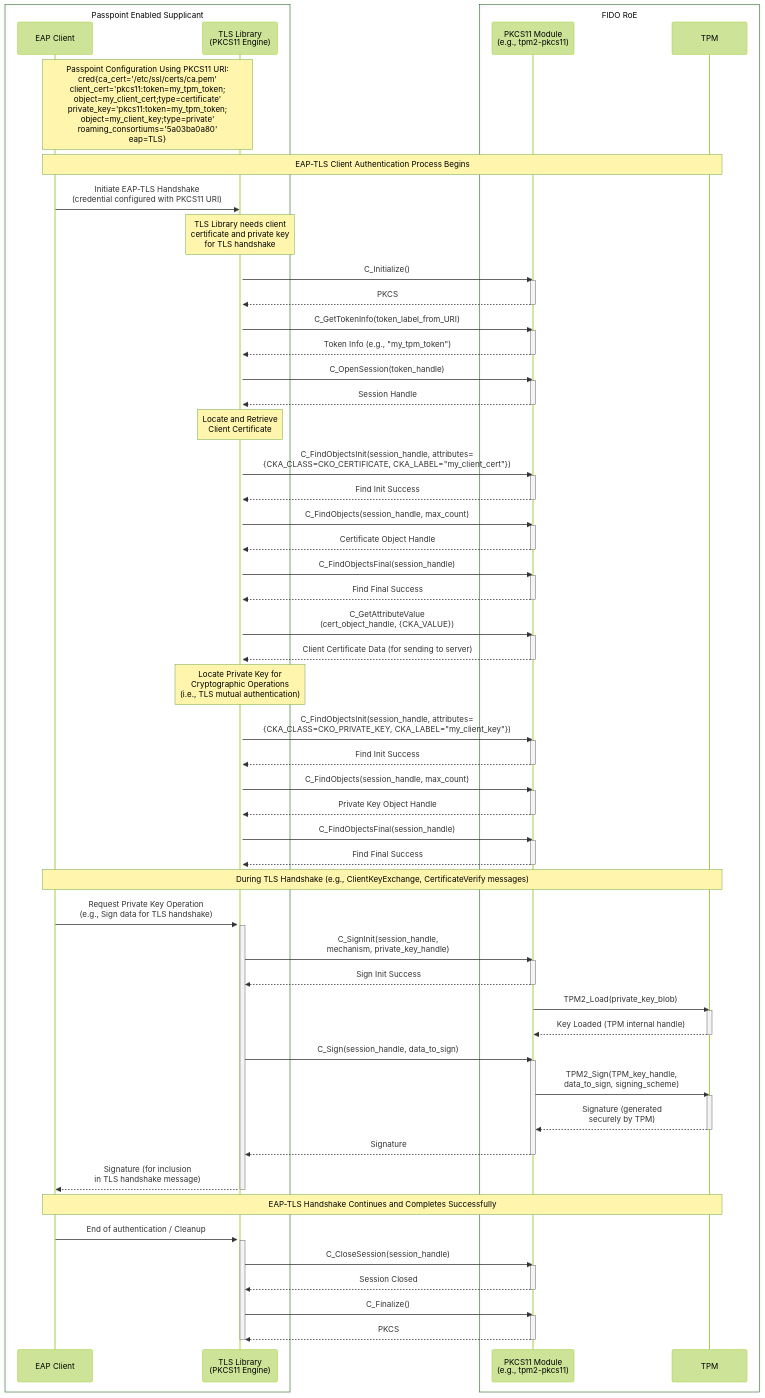
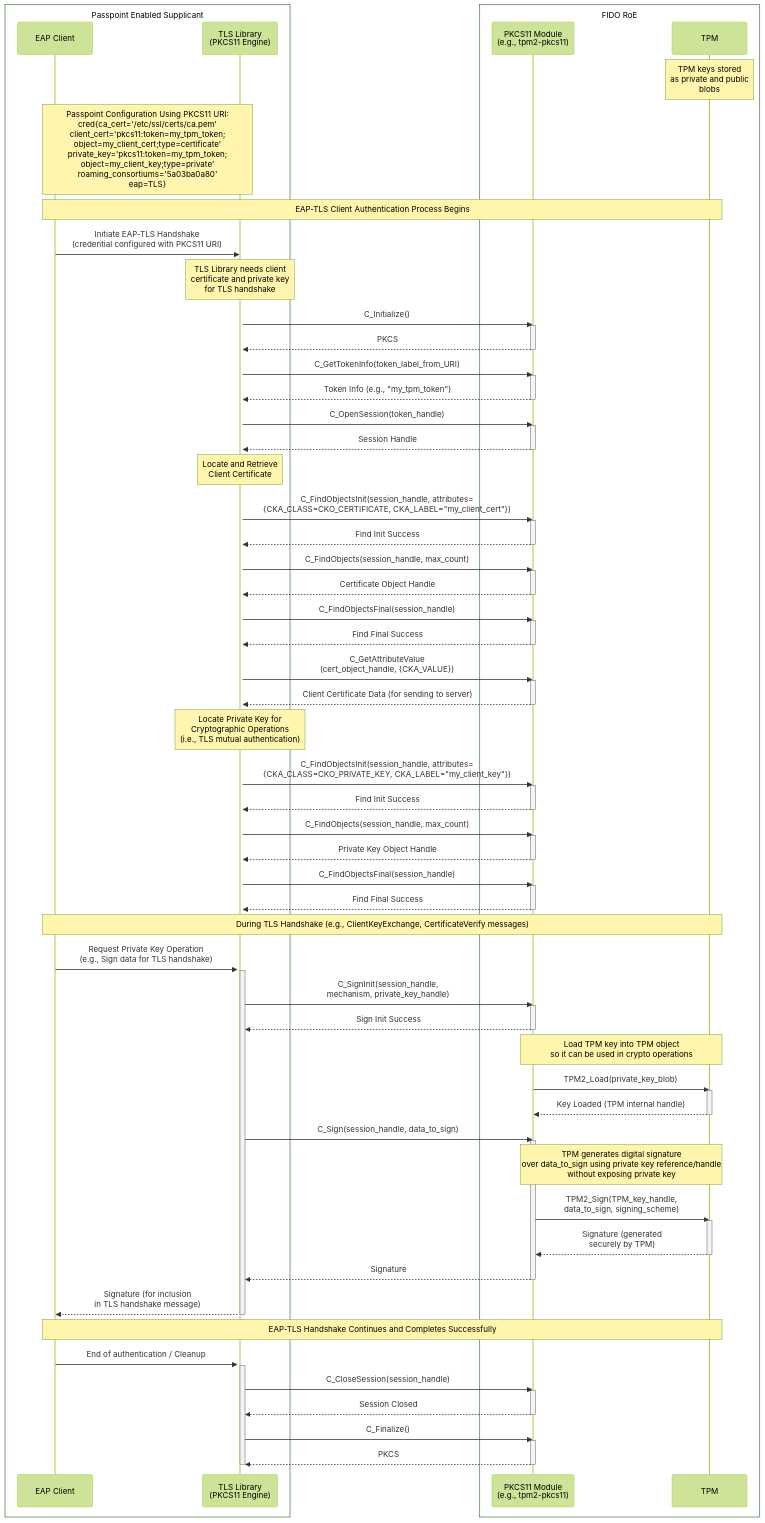
The third of 3 diagrams in WORKFLOWS.md (wireless-broadband-alliance/WBA-FIDO-Collaboration), drawn with Mermaid (forest theme) before and after one commit.

```diff
--- a/WORKFLOWS.md
+++ b/WORKFLOWS.md
@@ -128,6 +128,8 @@
        participant P as PKCS11 Module<br/>(e.g., tpm2-pkcs11)
        participant T as TPM
     end
+
+    Note over T: TPM keys stored<br/>as private and public<br/>blobs
 
     Note over W,O: Passpoint Configuration Using PKCS11 URI:<br/>cred{ca_cert='/etc/ssl/certs/ca.pem'<br/>client_cert='pkcs11:token=my_tpm_token#59;<br/>object=my_client_cert#59;type=certificate'<br/>private_key='pkcs11:token=my_tpm_token#59;<br/>object=my_client_key#59;type=private'<br/>roaming_consortiums='5a03ba0a80'<br/>eap=TLS}
 
@@ -202,13 +204,18 @@
     P-->>O: Sign Init Success
     deactivate P
 
+    Note over P,T:Load TPM key into TPM object<br/>so it can be used in crypto operations
     P->>T: TPM2_Load(private_key_blob)
     activate T
     T-->>P: Key Loaded (TPM internal handle)
     deactivate T
 
+
     O->>P: C_Sign(session_handle, data_to_sign)
     activate P
+
+    Note over P,T:TPM generates digital signature<br/>over data_to_sign using private key reference/handle<br/>without exposing private key
+
     P->>T: TPM2_Sign(TPM_key_handle,<br/>data_to_sign, signing_scheme)
     activate T
     T-->>P: Signature (generated<br/>securely by TPM)
```
